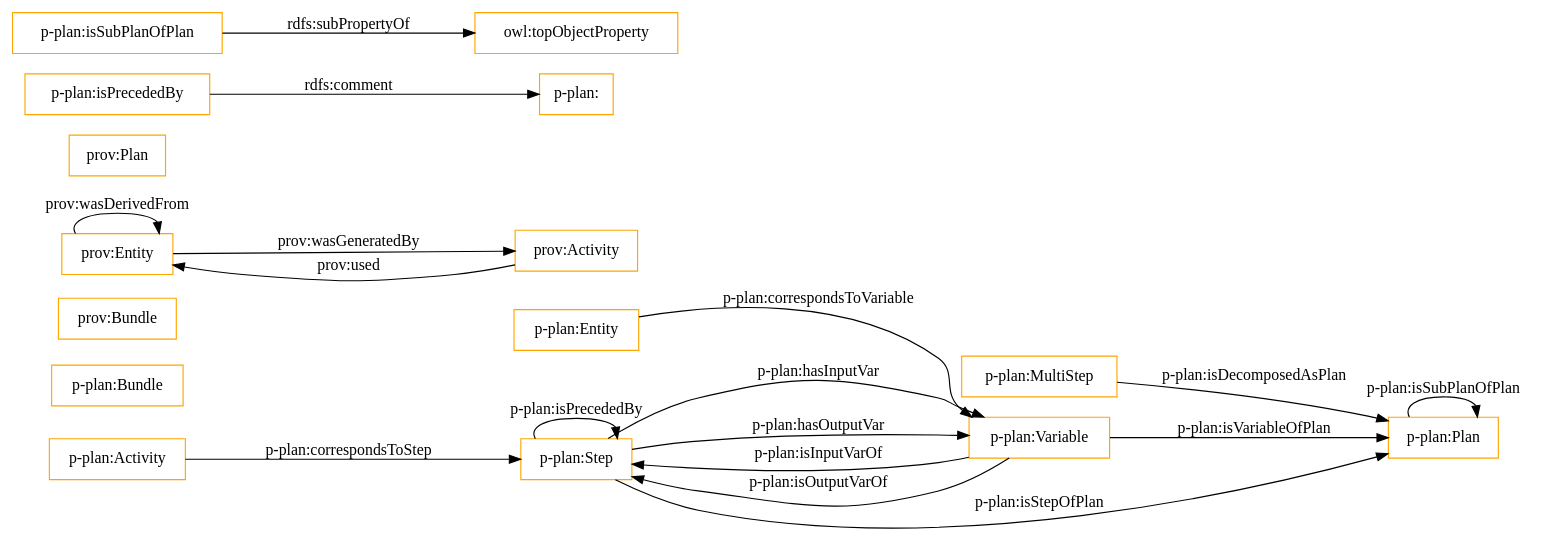
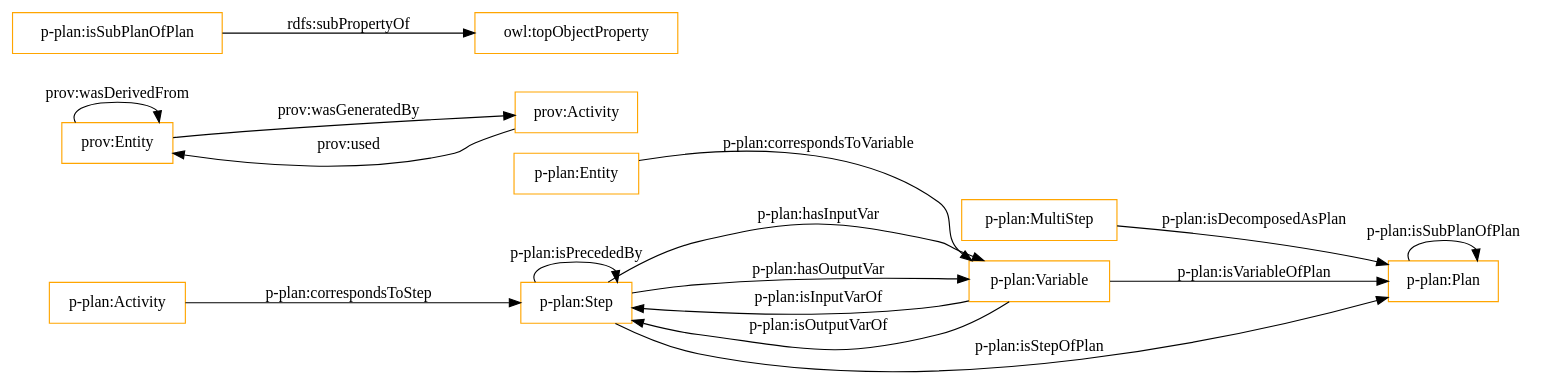
Before and after one commit to zhiyupan/test: the diagram in OnToology/test.owl/diagrams/ar2dtool-class/test.owl.png.dot, drawn with Graphviz. The commit also changed 21 other files, not shown here.

```diff
--- a/OnToology/test.owl/diagrams/ar2dtool-class/test.owl.png.dot
+++ b/OnToology/test.owl/diagrams/ar2dtool-class/test.owl.png.dot
@@ -1,22 +1,21 @@
 digraph ar2dtool_diagram { 
 rankdir=LR;
 size="1501"
-node [shape = rectangle, color="orange"]; "p-plan:MultiStep" "p-plan:Activity" "p-plan:Step" "p-plan:Entity" "p-plan:Bundle" "prov:Bundle" "prov:Entity" "p-plan:Plan" "prov:Plan" "prov:Activity" "p-plan:Variable" ; /*classes style*/
-	"p-plan:isPrecededBy" -> "p-plan:" [ label = "rdfs:comment" ];
+node [shape = rectangle, color="orange"]; "p-plan:MultiStep" "p-plan:Activity" "p-plan:Step" "p-plan:Entity" "prov:Entity" "p-plan:Plan" "prov:Activity" "p-plan:Variable" ; /*classes style*/
 	"p-plan:isSubPlanOfPlan" -> "owl:topObjectProperty" [ label = "rdfs:subPropertyOf" ];
 	"p-plan:Plan" -> "p-plan:Plan" [ label = "p-plan:isSubPlanOfPlan" ];
 	"prov:Entity" -> "prov:Entity" [ label = "prov:wasDerivedFrom" ];
 	"p-plan:Step" -> "p-plan:Plan" [ label = "p-plan:isStepOfPlan" ];
 	"prov:Entity" -> "prov:Activity" [ label = "prov:wasGeneratedBy" ];
 	"p-plan:Variable" -> "p-plan:Plan" [ label = "p-plan:isVariableOfPlan" ];
 	"p-plan:Step" -> "p-plan:Variable" [ label = "p-plan:hasInputVar" ];
 	"p-plan:Step" -> "p-plan:Step" [ label = "p-plan:isPrecededBy" ];
 	"p-plan:MultiStep" -> "p-plan:Plan" [ label = "p-plan:isDecomposedAsPlan" ];
 	"p-plan:Step" -> "p-plan:Variable" [ label = "p-plan:hasOutputVar" ];
 	"p-plan:Activity" -> "p-plan:Step" [ label = "p-plan:correspondsToStep" ];
 	"p-plan:Entity" -> "p-plan:Variable" [ label = "p-plan:correspondsToVariable" ];
 	"prov:Activity" -> "prov:Entity" [ label = "prov:used" ];
 	"p-plan:Variable" -> "p-plan:Step" [ label = "p-plan:isInputVarOf" ];
 	"p-plan:Variable" -> "p-plan:Step" [ label = "p-plan:isOutputVarOf" ];
 
 }
```
